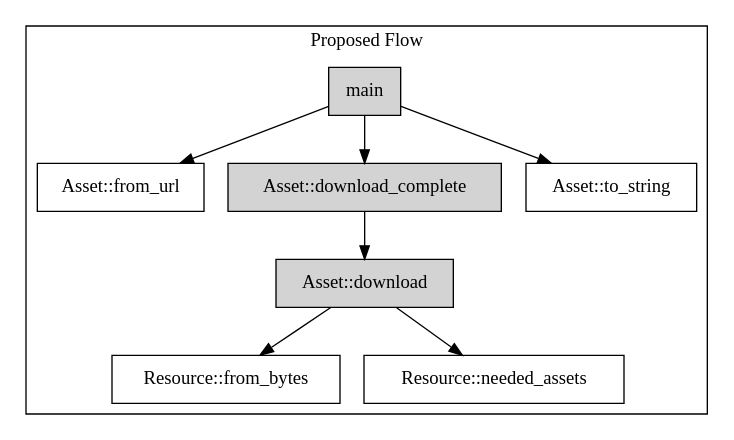
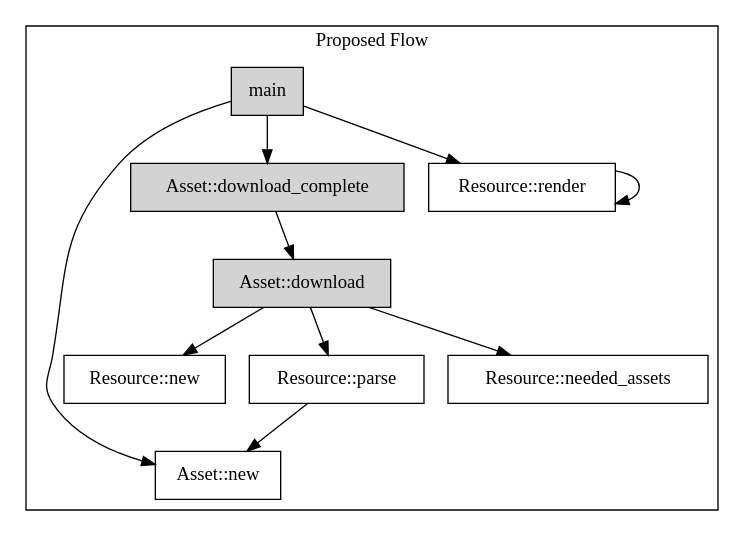
The diagram in graphs/proposed.gv (Alch-Emi/monolith), drawn with Graphviz before and after one commit.

Commit message:
Updated propsal graph

```diff
--- a/graphs/proposed.gv
+++ b/graphs/proposed.gv
@@ -1,18 +1,21 @@
 digraph Current {
     node[shape="box"];
 
     subgraph cluster0 {
         label = "Proposed Flow"
 
         main [style=filled]
-        "Asset::from_url"
+        "Asset::new"
         "Asset::download_complete" [style=filled]
         "Asset::download" [style=filled]
-        main -> "Asset::to_string";
-        main -> "Asset::from_url";
+        main -> "Asset::new";
         main -> "Asset::download_complete";
         "Asset::download_complete" -> "Asset::download";
-        "Asset::download" -> "Resource::from_bytes";
+        "Asset::download" -> "Resource::new";
+        "Asset::download" -> "Resource::parse";
         "Asset::download" -> "Resource::needed_assets";
+        main -> "Resource::render"
+        "Resource::render" -> "Resource::render"
+        "Resource::parse" -> "Asset::new";
     }
 }
```
